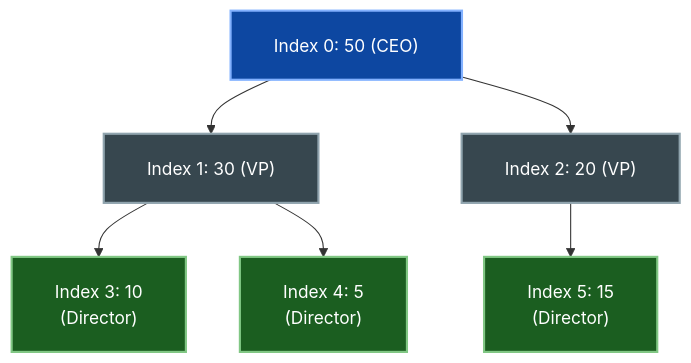
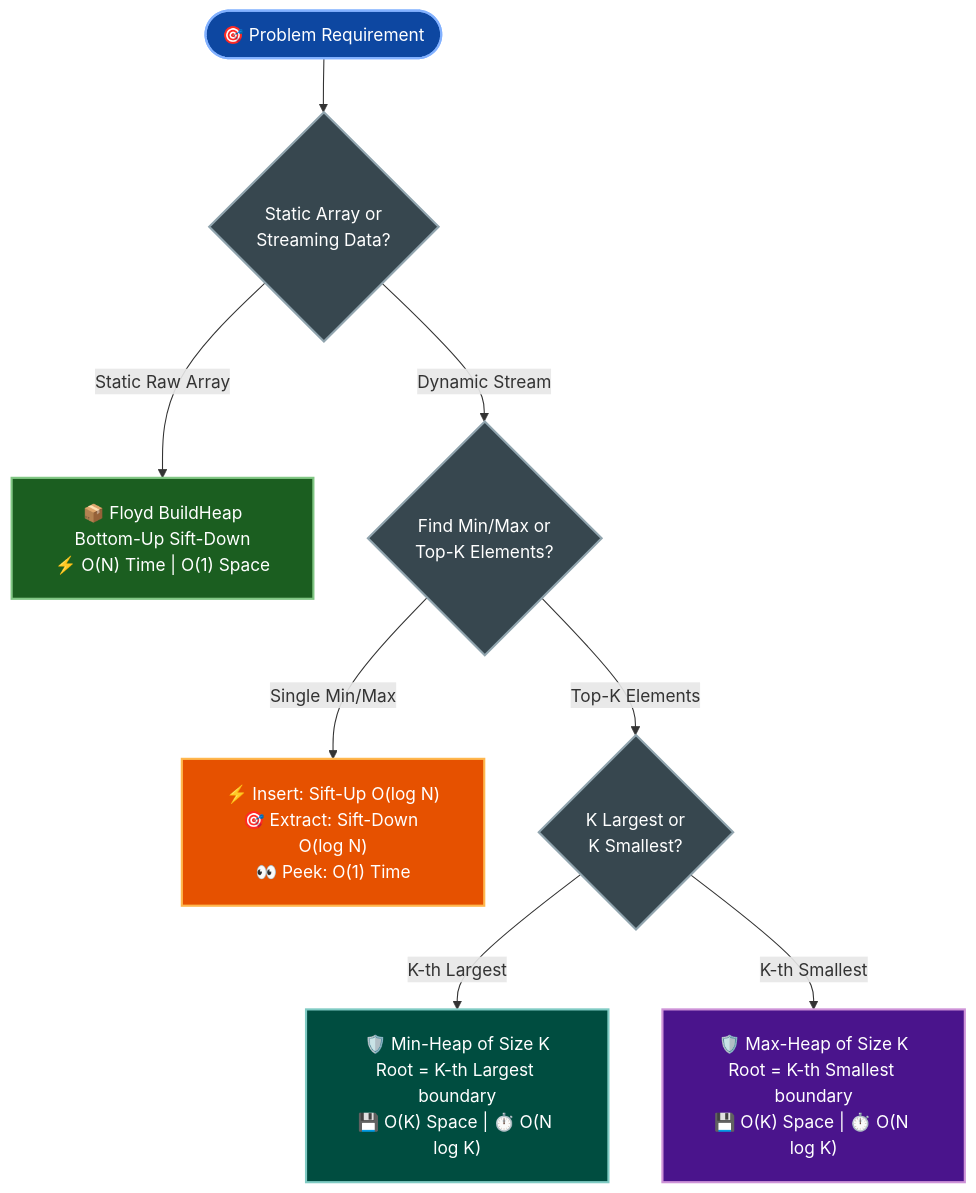
One commit to dip4k/DSA_102 changed the diagram in week_03_foundations_iii_sorting_and_hashing/Week_03_Day_03_Heaps_Heapify_Heap_Sort_Instructional.md. Above: the diagram before and after it, drawn with Mermaid. The commit also changed other lines of this file and 147 other files, not shown here.

First line of the commit message:
feat(curriculum): enrich Weeks 01-19 instructional modules & resolve repository-wide Mermaid cutoff

````diff
--- a/week_03_foundations_iii_sorting_and_hashing/Week_03_Day_03_Heaps_Heapify_Heap_Sort_Instructional.md
+++ b/week_03_foundations_iii_sorting_and_hashing/Week_03_Day_03_Heaps_Heapify_Heap_Sort_Instructional.md
@@ -78,20 +291,22 @@
 ```mermaid
 %%{init: {"flowchart": {"htmlLabels": true, "padding": 20}, "themeCSS": "foreignObject { overflow: visible !important; }"}}%%
 flowchart TD
-    N50["Index 0: 50 (CEO)"]:::rootNode
-    N30["Index 1: 30 (VP)"]:::internalNode
-    N20["Index 2: 20 (VP)"]:::internalNode
-    N10["Index 3: 10<br/>(Director)"]:::leafNode
-    N5["Index 4: 5<br/>(Director)"]:::leafNode
-    N15["Index 5: 15<br/>(Director)"]:::leafNode
-
-    N50 --> N30
-    N50 --> N20
-    N30 --> N10
-    N30 --> N5
-    N20 --> N15
+    Start(["🎯 Problem Requirement"]):::rootNode
+    Start --> Q1{"Static Array or<br/>Streaming Data?"}:::decisionNode
+    
+    Q1 -->|"Static Raw Array"| OpBuild["📦 Floyd BuildHeap<br/>Bottom-Up Sift-Down<br/>⚡ O(N) Time | O(1) Space"]:::buildNode
+    Q1 -->|"Dynamic Stream"| Q2{"Find Min/Max or<br/>Top-K Elements?"}:::decisionNode
+    
+    Q2 -->|"Single Min/Max"| OpCRUD["⚡ Insert: Sift-Up O(log N)<br/>🎯 Extract: Sift-Down O(log N)<br/>👀 Peek: O(1) Time"]:::actionNode
+    Q2 -->|"Top-K Elements"| Q3{"K Largest or<br/>K Smallest?"}:::decisionNode
+    
+    Q3 -->|"K-th Largest"| MinK["🛡️ Min-Heap of Size K<br/>Root = K-th Largest boundary<br/>💾 O(K) Space | ⏱️ O(N log K)"]:::minHeapNode
+    Q3 -->|"K-th Smallest"| MaxK["🛡️ Max-Heap of Size K<br/>Root = K-th Smallest boundary<br/>💾 O(K) Space | ⏱️ O(N log K)"]:::maxHeapNode
 
     classDef rootNode fill:#0d47a1,stroke:#82b1ff,stroke-width:2px,color:#ffffff
-    classDef internalNode fill:#37474f,stroke:#90a4ae,stroke-width:2px,color:#ffffff
-    classDef leafNode fill:#1b5e20,stroke:#81c784,stroke-width:2px,color:#ffffff
+    classDef decisionNode fill:#37474f,stroke:#90a4ae,stroke-width:2px,color:#ffffff
+    classDef buildNode fill:#1b5e20,stroke:#81c784,stroke-width:2px,color:#ffffff
+    classDef actionNode fill:#e65100,stroke:#ffb74d,stroke-width:2px,color:#ffffff
+    classDef minHeapNode fill:#004d40,stroke:#80cbc4,stroke-width:2px,color:#ffffff
+    classDef maxHeapNode fill:#4a148c,stroke:#ce93d8,stroke-width:2px,color:#ffffff
 ```
````
